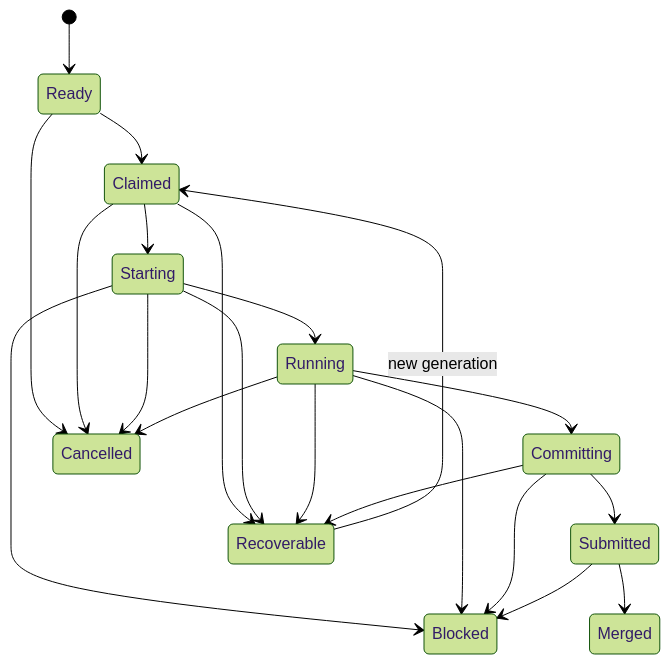
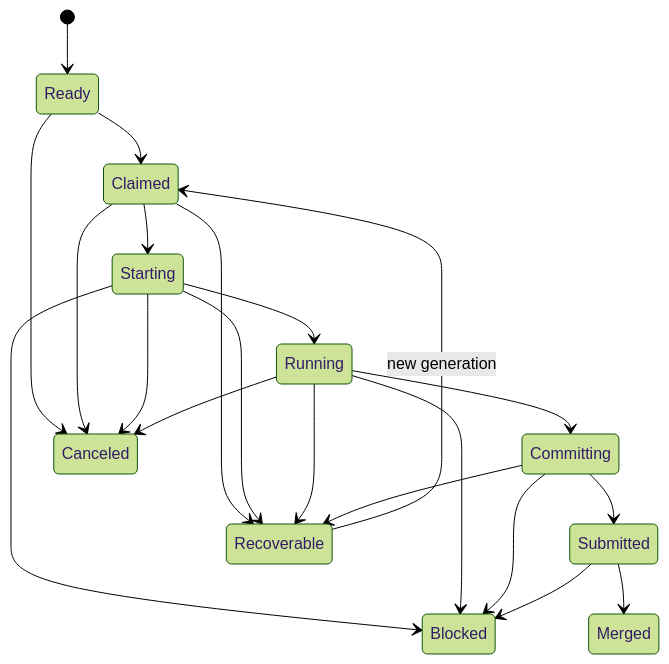
One commit to jamesking-us/gastown changed the diagram in docs/execution-control.md. Above: the diagram before and after it, drawn with Mermaid (forest theme). The commit also changed other lines of this file and 4 other files, not shown here.

````diff
--- a/docs/execution-control.md
+++ b/docs/execution-control.md
@@ -17,23 +17,23 @@
 ```mermaid
 stateDiagram-v2
     [*] --> Ready
     Ready --> Claimed
     Claimed --> Starting
     Starting --> Running
     Running --> Committing
     Committing --> Submitted
     Submitted --> Merged
     Claimed --> Recoverable
     Starting --> Recoverable
     Running --> Recoverable
     Committing --> Recoverable
     Recoverable --> Claimed: new generation
-    Ready --> Cancelled
-    Claimed --> Cancelled
-    Starting --> Cancelled
-    Running --> Cancelled
+    Ready --> Canceled
+    Claimed --> Canceled
+    Starting --> Canceled
+    Running --> Canceled
     Starting --> Blocked
     Running --> Blocked
     Committing --> Blocked
     Submitted --> Blocked
 ```
````
